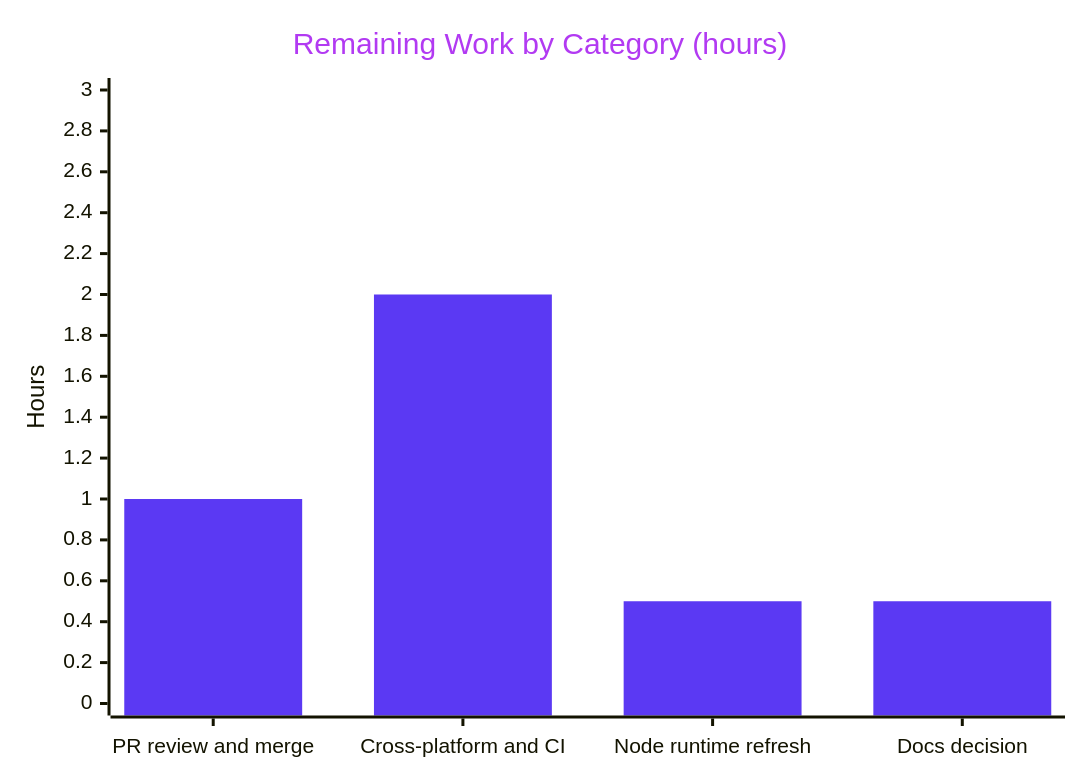
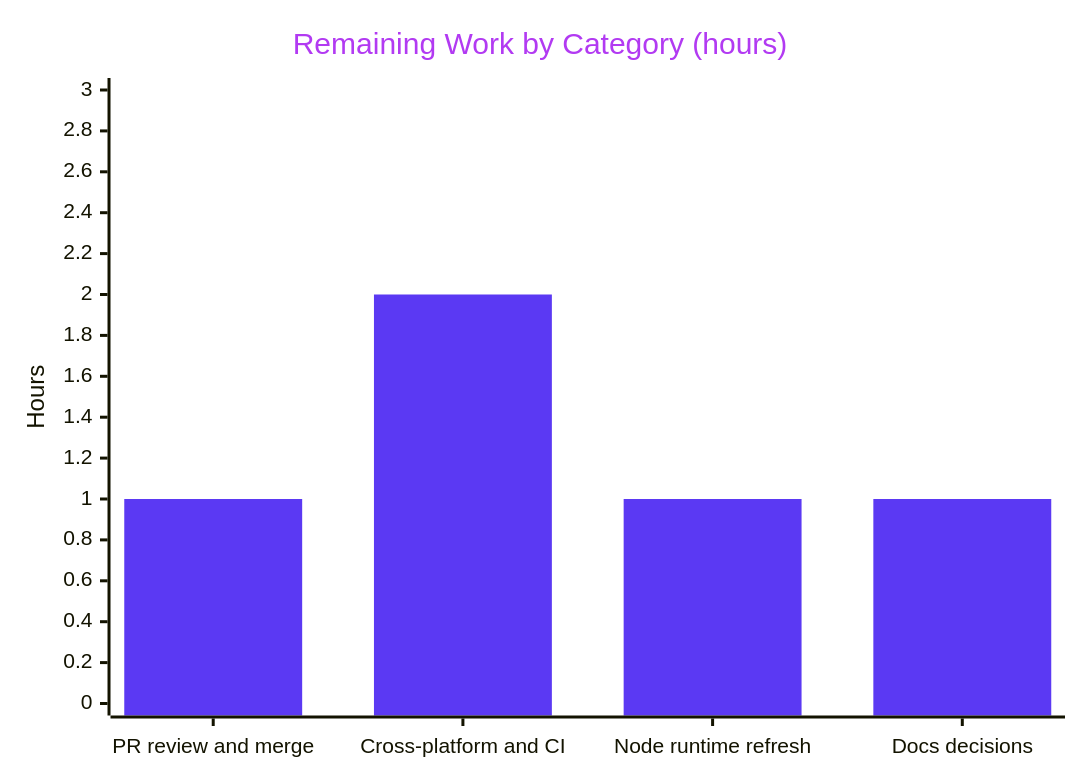
One commit to lakshya-blitzy/empty_repo_to_push_new_prod_code_3009_alreadyused changed the third of 3 diagrams in blitzy/documentation/Project Guide.md. Above: the diagram before and after it, drawn with Mermaid. The commit also changed other lines of this file, not shown here.

````diff
--- a/blitzy/documentation/Project Guide.md
+++ b/blitzy/documentation/Project Guide.md
@@ -204,8 +207,8 @@
 ```mermaid
 %%{init: {'theme':'base', 'themeVariables': {'xyChart': {'plotColorPalette':'#5B39F3', 'titleColor':'#B23AF2'}}}}%%
 xychart-beta
     title "Remaining Work by Category (hours)"
-    x-axis ["PR review and merge", "Cross-platform and CI", "Node runtime refresh", "Docs decision"]
+    x-axis ["PR review and merge", "Cross-platform and CI", "Node runtime refresh", "Docs decisions"]
     y-axis "Hours" 0 --> 3
-    bar [1.0, 2.0, 0.5, 0.5]
+    bar [1.0, 2.0, 1.0, 1.0]
 ```
````
